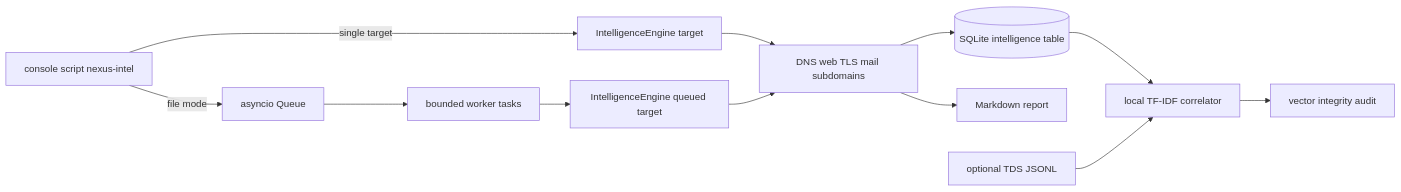
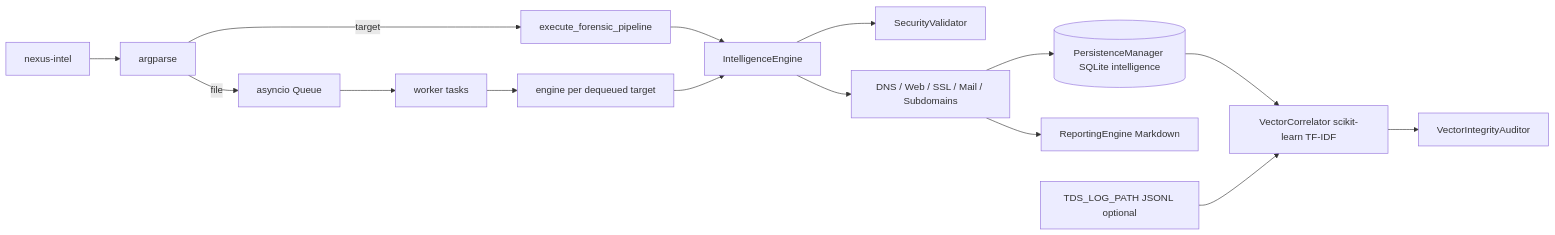
The first of 3 diagrams in docs/ARCHITECTURE.md (genesisgzdev/nexus-intelligence), drawn with Mermaid before and after one commit. The commit also changed other lines of this file, not shown here.

Commit message:
docs: deepen single and bulk execution architecture

```diff
--- a/docs/ARCHITECTURE.md
+++ b/docs/ARCHITECTURE.md
@@ -3,14 +7,17 @@
 ~~~mermaid
 flowchart LR
-    CLI[console script nexus-intel] -->|single target| Single[IntelligenceEngine target]
-    CLI -->|file mode| Queue[asyncio Queue]
-    Queue --> Workers[bounded worker tasks]
-    Workers --> PerTarget[IntelligenceEngine queued target]
-    Single --> Mods[DNS web TLS mail subdomains]
-    PerTarget --> Mods
-    Mods --> SQLite[(SQLite intelligence table)]
-    Mods --> MD[Markdown report]
-    SQLite --> Corr[local TF-IDF correlator]
-    EDR[optional TDS JSONL] --> Corr
-    Corr --> Audit[vector integrity audit]
+    CMD[nexus-intel] --> ARG[argparse]
+    ARG -->|target| ONE[execute_forensic_pipeline]
+    ARG -->|file| Q[asyncio Queue]
+    Q --> W[worker tasks]
+    W --> BT[engine per dequeued target]
+    ONE --> E[IntelligenceEngine]
+    BT --> E
+    E --> SAFE[SecurityValidator]
+    E --> MOD[DNS / Web / SSL / Mail / Subdomains]
+    MOD --> DB[(PersistenceManager SQLite intelligence)]
+    MOD --> REP[ReportingEngine Markdown]
+    DB --> V[VectorCorrelator scikit-learn TF-IDF]
+    TDS[TDS_LOG_PATH JSONL optional] --> V
+    V --> AUD[VectorIntegrityAuditor]
 ~~~
```
